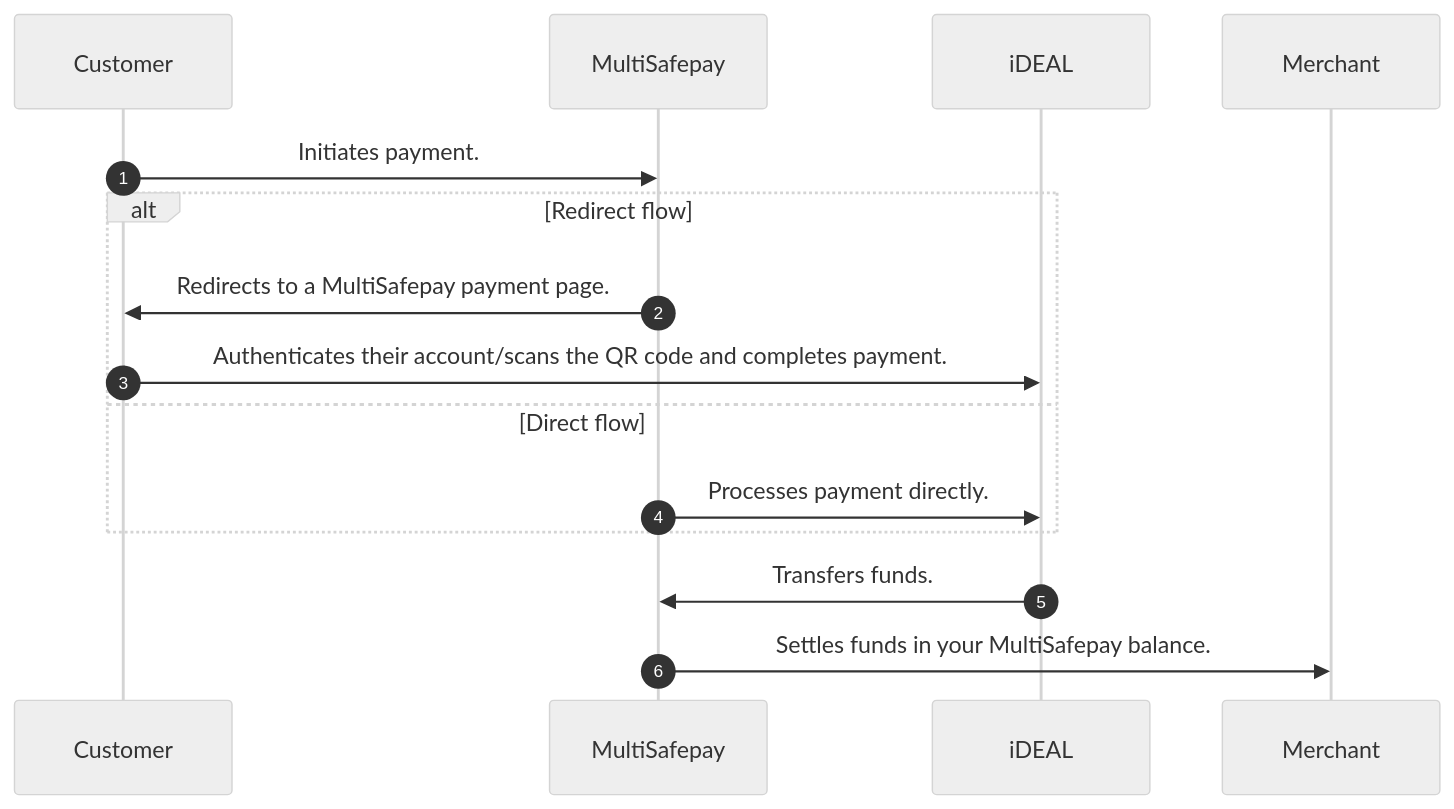
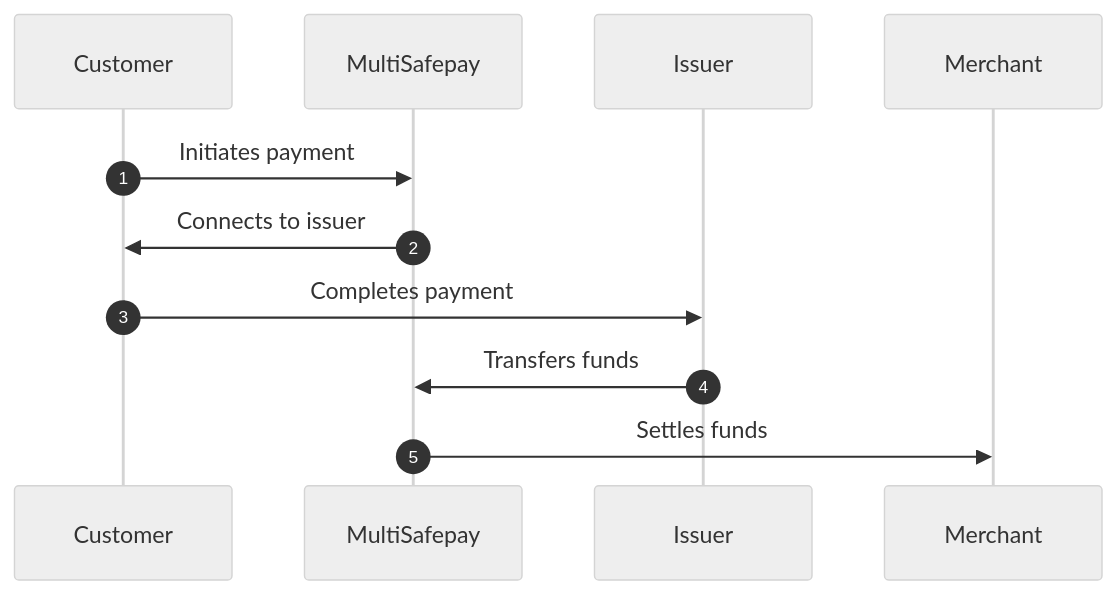
Before and after one commit to MultiSafepay/docs: the diagram in content/payments/methods/banks/ideal/payment-flow.md, drawn with Mermaid (neutral theme). The commit also changed other lines of this file, not shown here.

Commit message:
Test step instructions

```diff
--- a/content/payments/methods/banks/ideal/payment-flow.md
+++ b/content/payments/methods/banks/ideal/payment-flow.md
@@ -18,20 +18,16 @@
 {{< mermaid class="text-center" >}}
 
 sequenceDiagram
     autonumber
     participant C as Customer
     participant Mu as MultiSafepay
-    participant I as iDEAL
+    participant I as Issuer
     participant Me as Merchant
 
-    C->>Mu: Initiates payment.
-    alt Redirect flow
-    Mu->>C: Redirects to a MultiSafepay payment page.
-    C->>I: Authenticates their account/scans the QR code and completes payment.
-    else Direct flow
-    Mu->>I: Processes payment directly.
-    end
-    I->>Mu: Transfers funds. 
-    Mu->>Me: Settles funds in your MultiSafepay balance.
+    C->>Mu: Initiates payment
+    Mu->>C: Connects to issuer
+    C->>I: Completes payment
+    I->>Mu: Transfers funds 
+    Mu->>Me: Settles funds
 
 {{< /mermaid >}}
```
